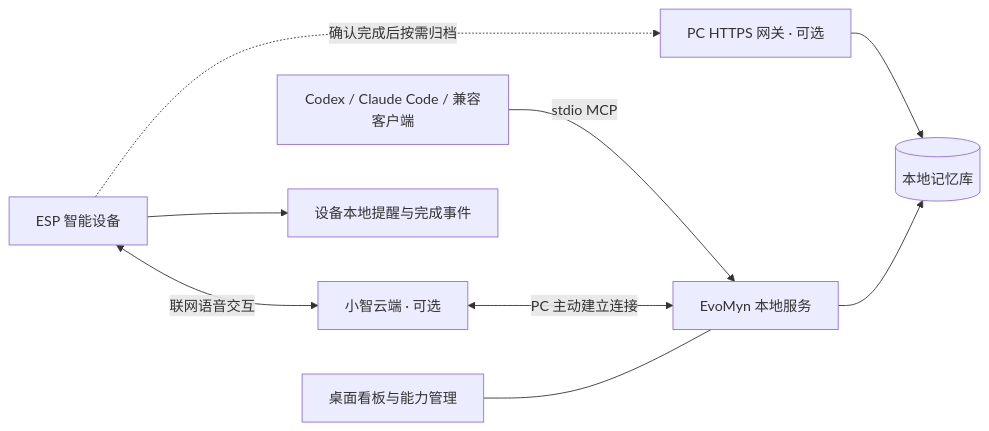
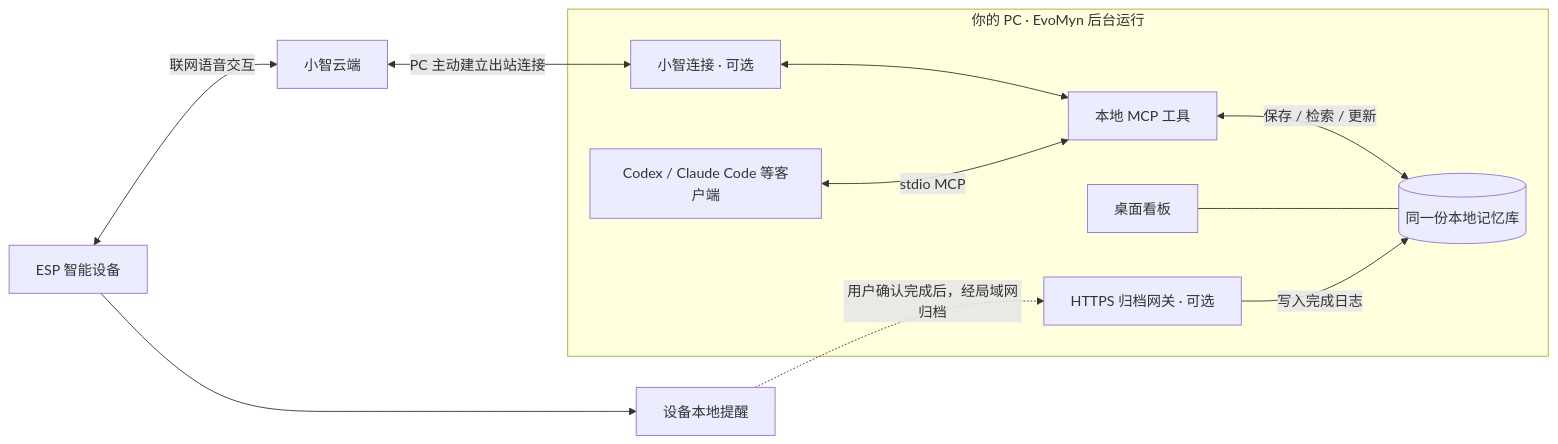
One commit to ArkFishingLab/EvoMyn changed the diagram in README.md. Above: the diagram before and after it, drawn with Mermaid. The commit also changed other lines of this file and 2 other files, not shown here.

Commit message:
docs: explain shared memory workflow with ESP and AI clients [skip ci]

````diff
--- a/README.md
+++ b/README.md
@@ -163,11 +195,14 @@
 ```mermaid
 flowchart LR
-    Clients["Codex / Claude Code / 兼容客户端"] -->|stdio MCP| Service["EvoMyn 本地服务"]
-    Cloud["小智云端 · 可选"] <-->|PC 主动建立连接| Service
     Device["ESP 智能设备"] <-->|联网语音交互| Cloud
-    Device --> Local["设备本地提醒与完成事件"]
-    Device -.->|确认完成后按需归档| Gateway["PC HTTPS 网关 · 可选"]
-    Gateway --> Memory
-    Service --> Memory[("本地记忆库")]
-    Desktop["桌面看板与能力管理"] --- Service
+    Cloud["小智云端"] <-->|PC 主动建立出站连接| Bridge
+    subgraph PC["你的 PC · EvoMyn 后台运行"]
+        Bridge["小智连接 · 可选"] <--> Service["本地 MCP 工具"]
+        Clients["Codex / Claude Code 等客户端"] <-->|stdio MCP| Service
+        Service <-->|保存 / 检索 / 更新| Memory[("同一份本地记忆库")]
+        Desktop["桌面看板"] --- Memory
+        Gateway["HTTPS 归档网关 · 可选"] -->|写入完成日志| Memory
+    end
+    Device --> Local["设备本地提醒"]
+    Local -.->|用户确认完成后，经局域网归档| Gateway
 ```
````
